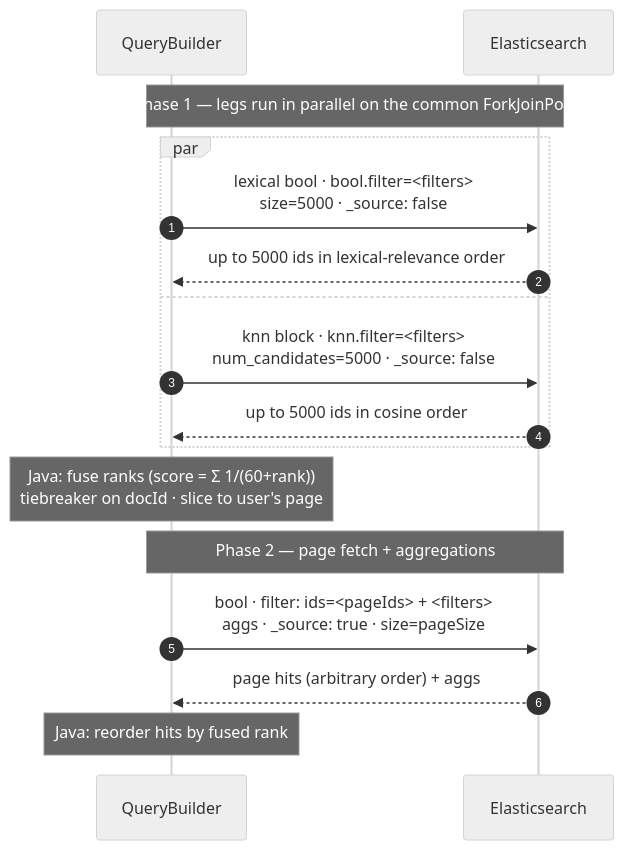
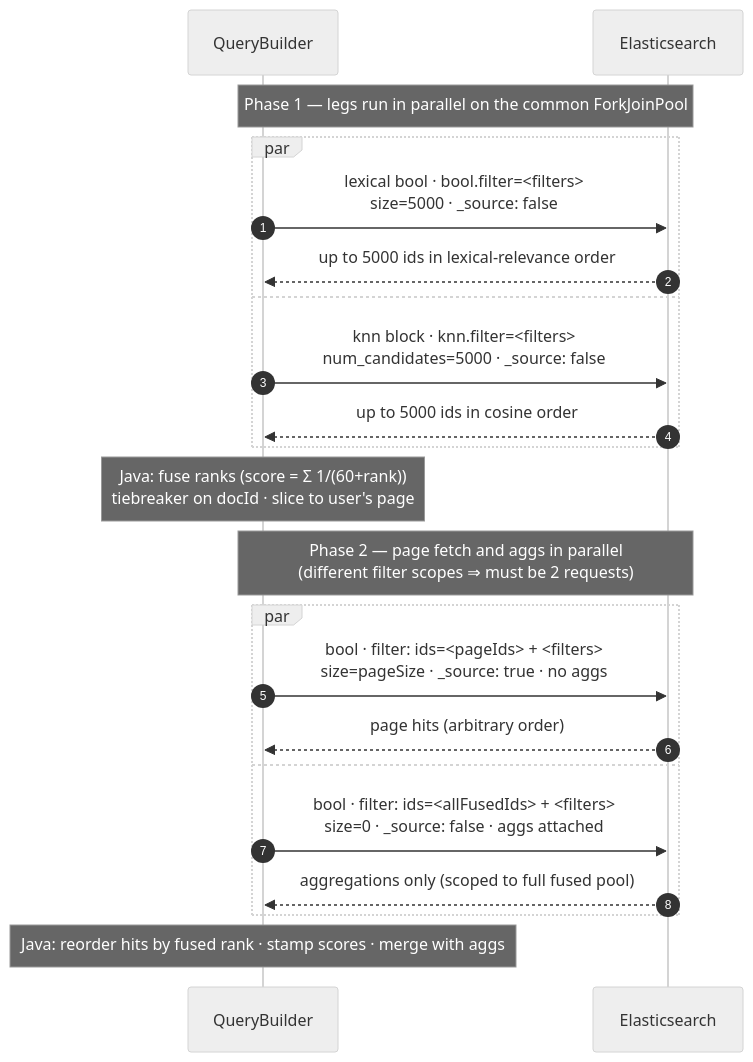
Before and after one commit to mxgr7/simplesystem-embedding: the third of 4 diagrams in FT_ELASTIC_IMPORT.md, drawn with Mermaid (neutral theme). The commit also changed other lines of this file, not shown here.

First line of the commit message:
docs(ft_elastic): hybrid phase 2 splits into parallel page+aggs pair

````diff
--- a/FT_ELASTIC_IMPORT.md
+++ b/FT_ELASTIC_IMPORT.md
@@ -947,21 +947,27 @@
 ```mermaid
 sequenceDiagram
     autonumber
     participant Q as QueryBuilder
     participant ES as Elasticsearch
 
     Note over Q,ES: Phase 1 — legs run in parallel on the common ForkJoinPool
     par
         Q->>ES: lexical bool · bool.filter=<filters><br/>size=5000 · _source: false
         ES-->>Q: up to 5000 ids in lexical-relevance order
     and
         Q->>ES: knn block · knn.filter=<filters><br/>num_candidates=5000 · _source: false
         ES-->>Q: up to 5000 ids in cosine order
     end
 
     Note over Q: Java: fuse ranks (score = Σ 1/(60+rank))<br/>tiebreaker on docId · slice to user's page
-    Note over Q,ES: Phase 2 — page fetch + aggregations
-    Q->>ES: bool · filter: ids=<pageIds> + <filters><br/>aggs · _source: true · size=pageSize
-    ES-->>Q: page hits (arbitrary order) + aggs
-    Note over Q: Java: reorder hits by fused rank
+
+    Note over Q,ES: Phase 2 — page fetch and aggs in parallel<br/>(different filter scopes ⇒ must be 2 requests)
+    par
+        Q->>ES: bool · filter: ids=<pageIds> + <filters><br/>size=pageSize · _source: true · no aggs
+        ES-->>Q: page hits (arbitrary order)
+    and
+        Q->>ES: bool · filter: ids=<allFusedIds> + <filters><br/>size=0 · _source: false · aggs attached
+        ES-->>Q: aggregations only (scoped to full fused pool)
+    end
+    Note over Q: Java: reorder hits by fused rank · stamp scores · merge with aggs
 ```
````
